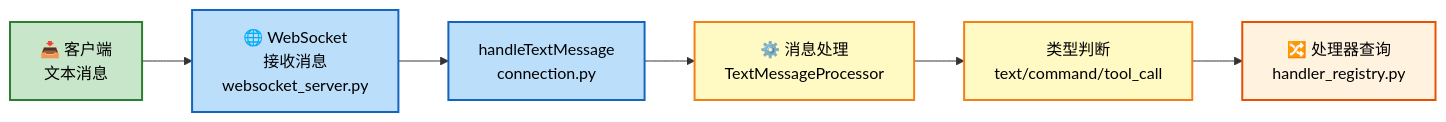
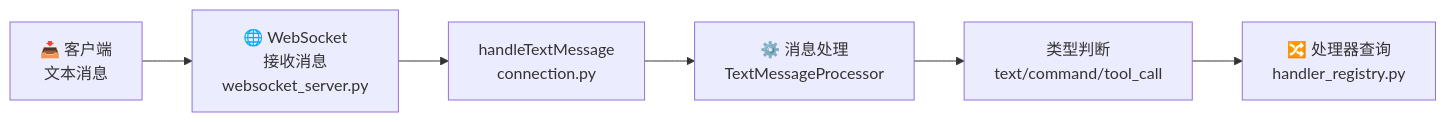
Before and after one commit to jihengzhang/xiaozhi-esp32-server: diagram 15 of 41 in 设计说明.md, drawn with Mermaid. The commit also changed other lines of this file and 37 other files, not shown here.

````diff
--- a/设计说明.md
+++ b/设计说明.md
@@ -1819,18 +2476,12 @@
 ```mermaid
 graph LR
     A1["📥 客户端<br/>文本消息"]
     B1["🌐 WebSocket<br/>接收消息<br/>websocket_server.py"]
     B2["handleTextMessage<br/>connection.py"]
     C1["⚙️ 消息处理<br/>TextMessageProcessor"]
     C2["类型判断<br/>text/command/tool_call"]
     D1["🔀 处理器查询<br/>handler_registry.py"]
     
     A1 --> B1 --> B2 --> C1 --> C2 --> D1
     
-    style A1 fill:#c8e6c9,stroke:#2e7d32,stroke-width:2px,color:#000000
-    style B1 fill:#bbdefb,stroke:#1565c0,stroke-width:2px,color:#000000
-    style B2 fill:#bbdefb,stroke:#1565c0,stroke-width:2px,color:#000000
-    style C1 fill:#fff9c4,stroke:#f57f17,stroke-width:2px,color:#000000
-    style C2 fill:#fff9c4,stroke:#f57f17,stroke-width:2px,color:#000000
-    style D1 fill:#fff3e0,stroke:#e65100,stroke-width:2px,color:#000000
 ```
````
